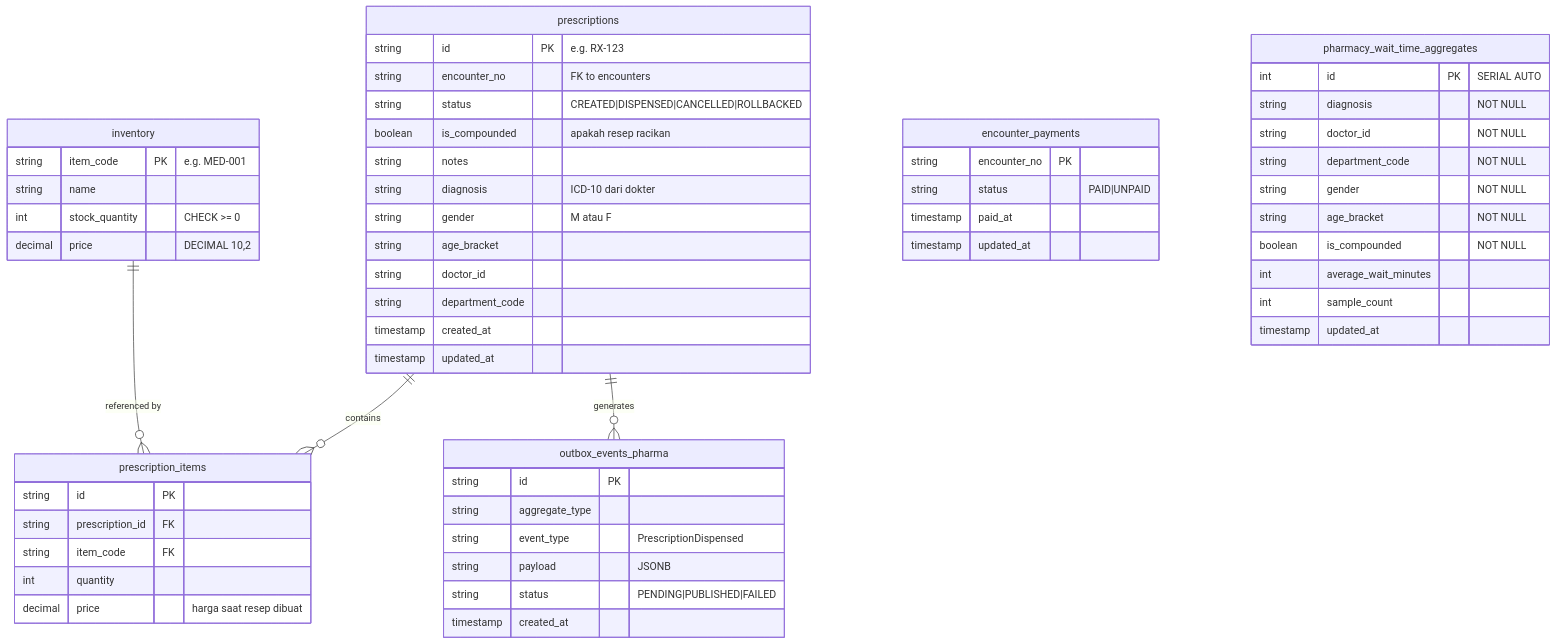
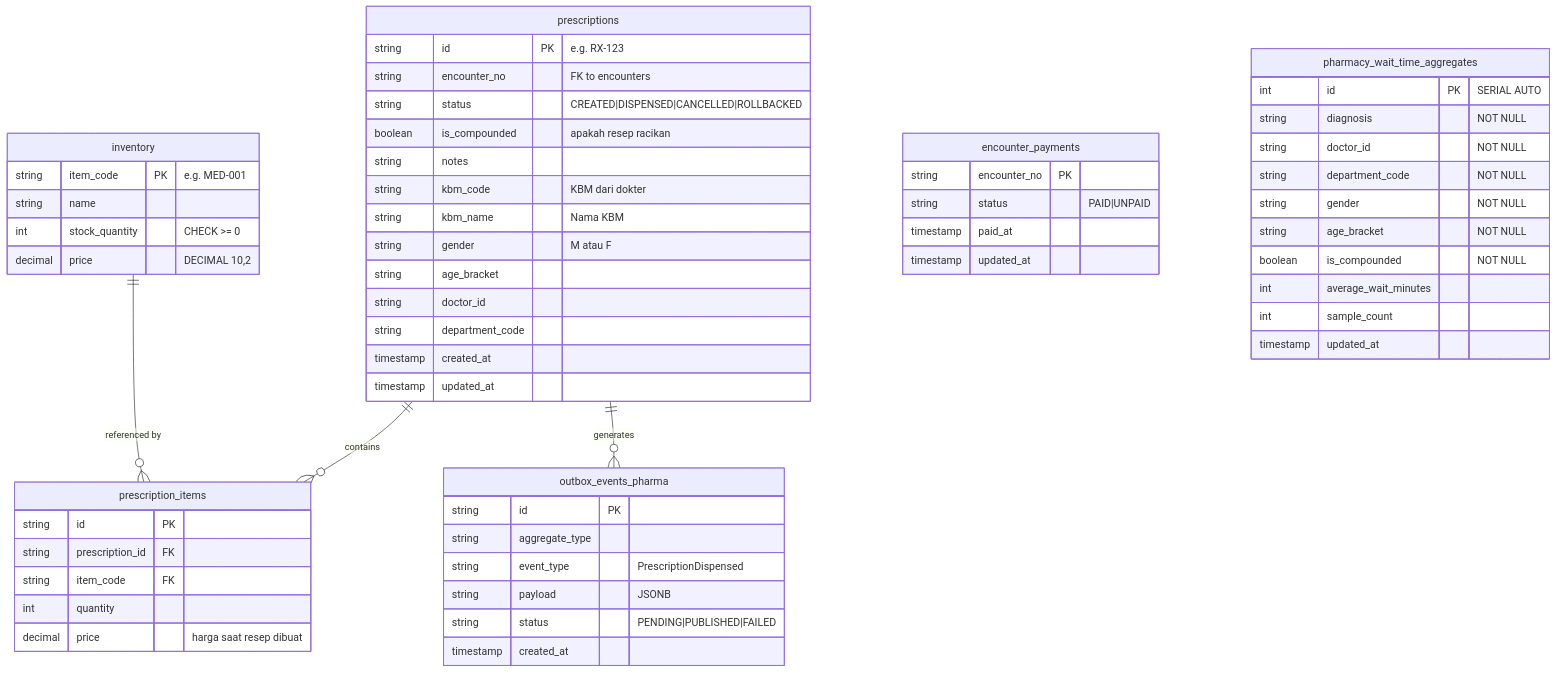
One commit to odealidj/go-micro-simrs-one changed diagram 11 of 18 in docs/be/technical/technical_documentation.md. Above: the diagram before and after it, drawn with Mermaid. The commit also changed other lines of this file and 25 other files, not shown here.

First line of the commit message:
feat: implement many-to-many relationship for KBM and ICD-10 mapping

````diff
--- a/docs/be/technical/technical_documentation.md
+++ b/docs/be/technical/technical_documentation.md
@@ -487,65 +505,66 @@
 ```mermaid
 erDiagram
     inventory {
         string item_code PK "e.g. MED-001"
         string name
         int stock_quantity "CHECK >= 0"
         decimal price "DECIMAL 10,2"
     }
 
     prescriptions {
         string id PK "e.g. RX-123"
         string encounter_no "FK to encounters"
         string status "CREATED|DISPENSED|CANCELLED|ROLLBACKED"
         boolean is_compounded "apakah resep racikan"
         string notes
-        string diagnosis "ICD-10 dari dokter"
+        string kbm_code "KBM dari dokter"
+        string kbm_name "Nama KBM"
         string gender "M atau F"
         string age_bracket
         string doctor_id
         string department_code
         timestamp created_at
         timestamp updated_at
     }
 
     prescription_items {
         string id PK
         string prescription_id FK
         string item_code FK
         int quantity
         decimal price "harga saat resep dibuat"
     }
 
     encounter_payments {
         string encounter_no PK
         string status "PAID|UNPAID"
         timestamp paid_at
         timestamp updated_at
     }
 
     pharmacy_wait_time_aggregates {
         int id PK "SERIAL AUTO"
         string diagnosis "NOT NULL"
         string doctor_id "NOT NULL"
         string department_code "NOT NULL"
         string gender "NOT NULL"
         string age_bracket "NOT NULL"
         boolean is_compounded "NOT NULL"
         int average_wait_minutes
         int sample_count
         timestamp updated_at
     }
 
     outbox_events_pharma {
         string id PK
         string aggregate_type
         string event_type "PrescriptionDispensed"
         string payload "JSONB"
         string status "PENDING|PUBLISHED|FAILED"
         timestamp created_at
     }
 
     prescriptions ||--o{ prescription_items : "contains"
     inventory ||--o{ prescription_items : "referenced by"
     prescriptions ||--o{ outbox_events_pharma : "generates"
 ```
````
